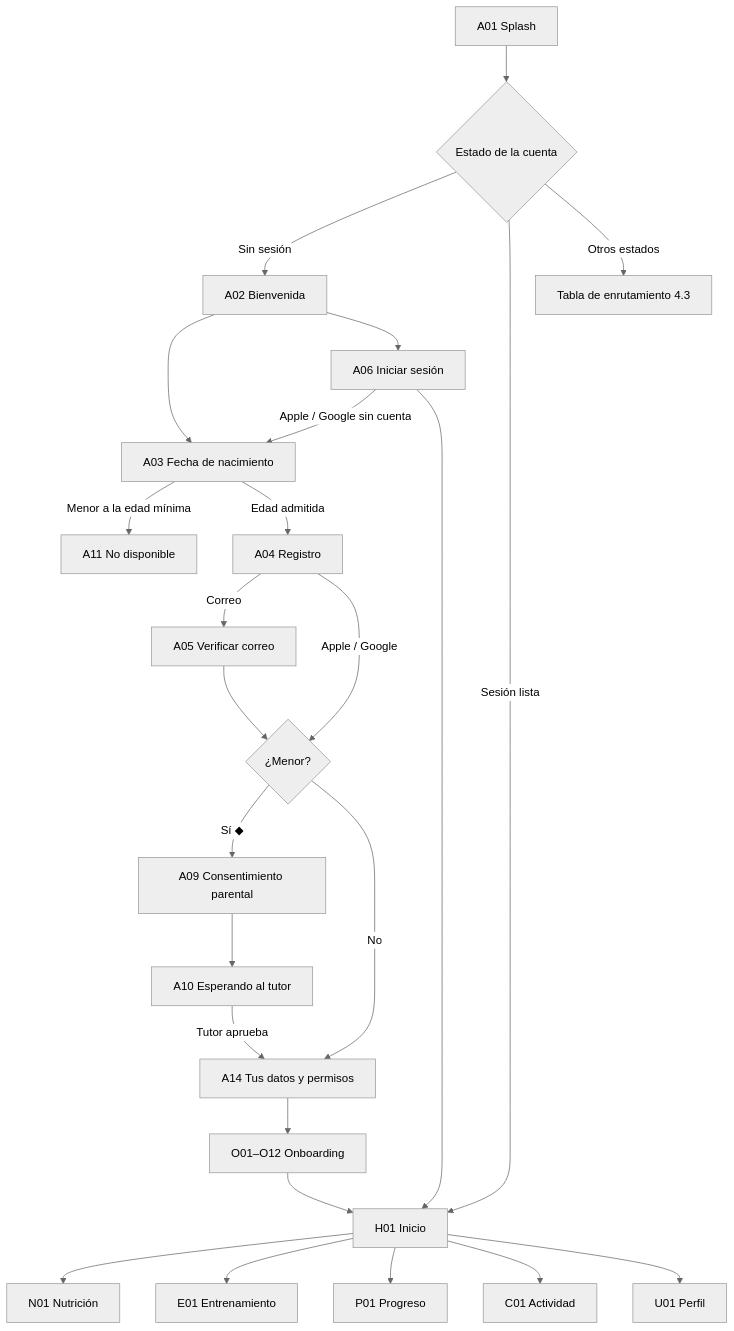
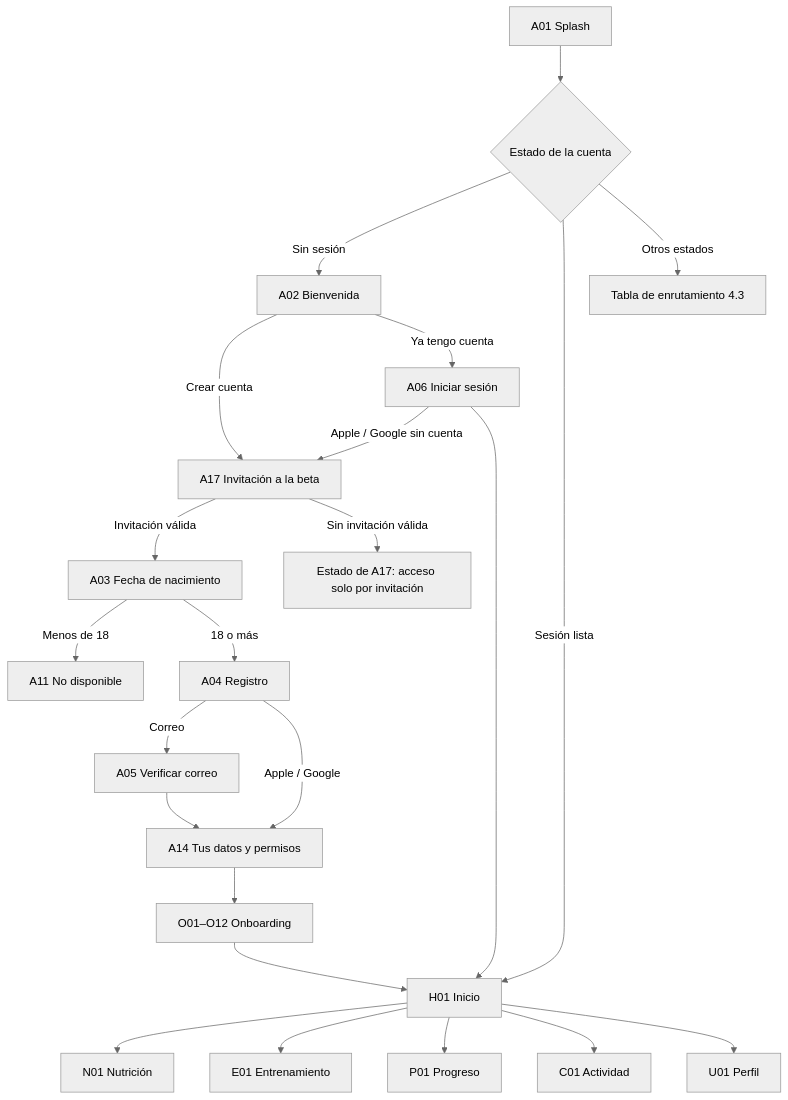
One commit to Andrewycloude/Aplicacion-FITNNES changed the first of 4 diagrams in docs/05-MAPA-NAVEGACION-v0.2-PROPUESTA.md. Above: the diagram before and after it, drawn with Mermaid (neutral theme). The commit also changed other lines of this file and 3 other files, not shown here.

````diff
--- a/docs/05-MAPA-NAVEGACION-v0.2-PROPUESTA.md
+++ b/docs/05-MAPA-NAVEGACION-v0.2-PROPUESTA.md
@@ -252,25 +271,24 @@
 ```mermaid
 flowchart TD
     A01["A01 Splash"] --> R{"Estado de la cuenta"}
     R -- "Sin sesión" --> A02["A02 Bienvenida"]
     R -- "Sesión lista" --> H01["H01 Inicio"]
     R -- "Otros estados" --> RT["Tabla de enrutamiento 4.3"]
-    A02 --> A03["A03 Fecha de nacimiento"]
-    A02 --> A06["A06 Iniciar sesión"]
-    A03 -- "Menor a la edad mínima" --> A11["A11 No disponible"]
-    A03 -- "Edad admitida" --> A04["A04 Registro"]
+    A02 -- "Crear cuenta" --> A17["A17 Invitación a la beta"]
+    A02 -- "Ya tengo cuenta" --> A06["A06 Iniciar sesión"]
+    A06 -- "Apple / Google sin cuenta" --> A17
+    A17 -- "Invitación válida" --> A03["A03 Fecha de nacimiento"]
+    A17 -- "Sin invitación válida" --> A17E["Estado de A17: acceso solo por invitación"]
+    A03 -- "Menos de 18" --> A11["A11 No disponible"]
+    A03 -- "18 o más" --> A04["A04 Registro"]
     A04 -- "Correo" --> A05["A05 Verificar correo"]
-    A04 -- "Apple / Google" --> Q{"¿Menor?"}
-    A05 --> Q
-    Q -- "Sí ◆" --> A09["A09 Consentimiento parental"] --> A10["A10 Esperando al tutor"]
-    Q -- "No" --> A14["A14 Tus datos y permisos"]
-    A10 -- "Tutor aprueba" --> A14
+    A05 --> A14["A14 Tus datos y permisos"]
+    A04 -- "Apple / Google" --> A14
     A14 --> O01["O01–O12 Onboarding"] --> H01
-    A06 -- "Apple / Google sin cuenta" --> A03
     A06 --> H01
     H01 --> N01["N01 Nutrición"]
     H01 --> E01["E01 Entrenamiento"]
     H01 --> P01["P01 Progreso"]
     H01 --> C01["C01 Actividad"]
     H01 --> U01["U01 Perfil"]
 ```
````
